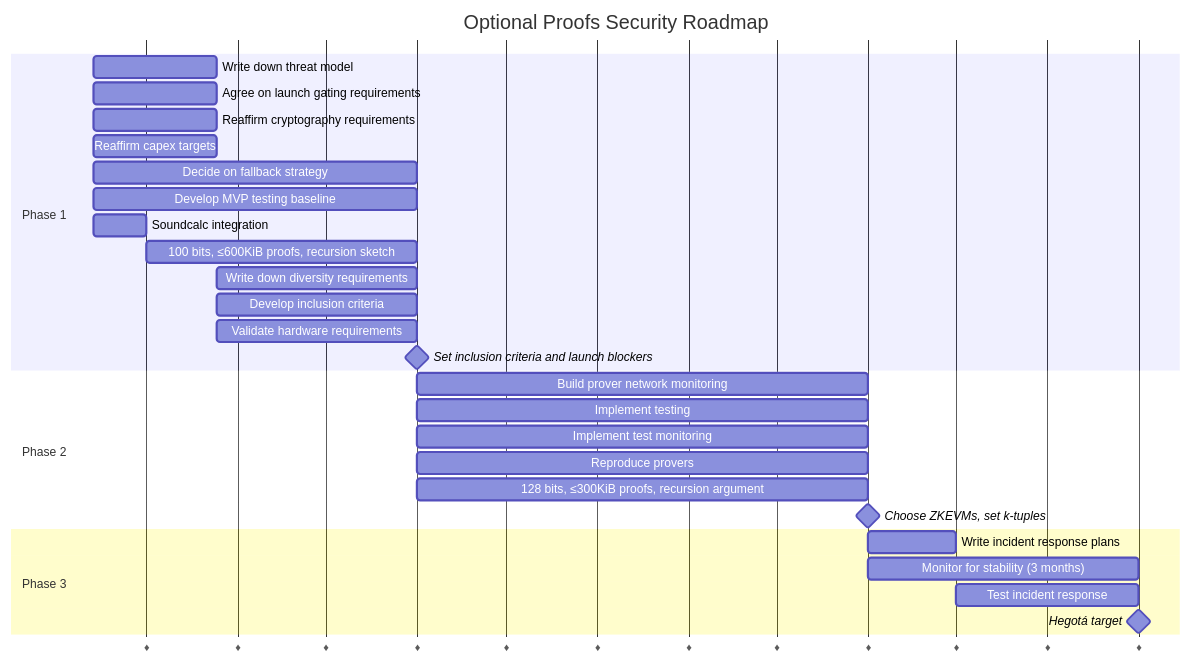
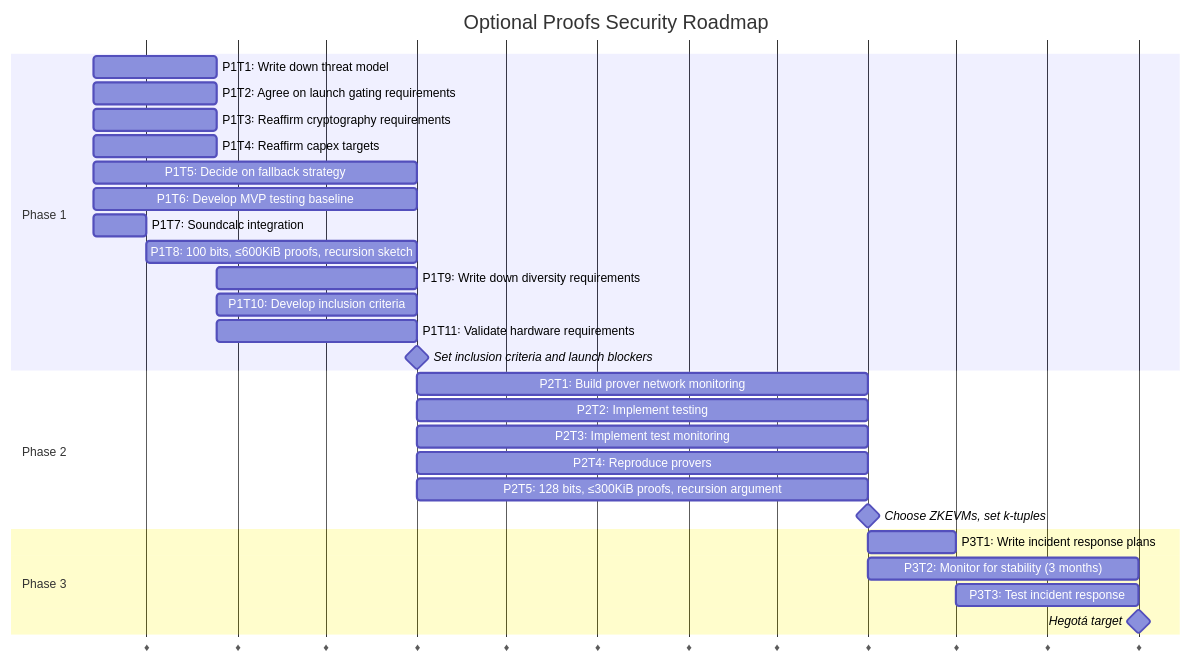
The diagram in 2026-02-11-zkevm-breakout/diagrams/roadmap.mmd (codygunton/talks-and-writing), drawn with Mermaid before and after one commit.

Commit message:
Add sequential PxTy labels to gantt chart tasks
Renumber all task IDs as P<phase>T<number> in display order.
Labels use unicode colon (꞉) to avoid mermaid syntax conflicts.
Milestones left unlabeled.

```diff
--- a/2026-02-11-zkevm-breakout/diagrams/roadmap.mmd
+++ b/2026-02-11-zkevm-breakout/diagrams/roadmap.mmd
@@ -1,34 +1,34 @@
 gantt
     title Optional Proofs Security Roadmap
     %% NOTE: the dates below are just to establish relative sizes of bars.
     %% They do not directly correspond to agreed-upon deadlines.
     dateFormat YYYY-MM-DD
     axisFormat ♦
 
     section Phase 1
-    Write down threat model               :p1a, 2026-02-11, 6w
-    Agree on launch gating requirements   :p1b, 2026-02-11, 6w
-    Reaffirm cryptography requirements    :p1e, 2026-02-11, 6w
-    Reaffirm capex targets                :p1f, 2026-02-11, 6w
-    Decide on fallback strategy           :p1c, 2026-02-11, 2026-06-01
-    Develop MVP testing baseline          :p1g, 2026-02-11, 2026-06-01
-    Soundcalc integration                 :p2i, 2026-02-11, 2026-03-01
-    100 bits, ≤600KiB proofs, recursion sketch  :p2j, after p2i, 2026-06-01
-    Write down diversity requirements     :p1d, after p1b, 2026-06-01
-    Develop inclusion criteria            :p1h, after p1b, 2026-06-01
-    Validate hardware requirements        :p2g, after p1f, 2026-06-01
-    Set inclusion criteria and launch blockers :milestone, 2026-06-01, 0d
+    P1T1꞉ Write down threat model               :p1t1, 2026-02-11, 6w
+    P1T2꞉ Agree on launch gating requirements   :p1t2, 2026-02-11, 6w
+    P1T3꞉ Reaffirm cryptography requirements    :p1t3, 2026-02-11, 6w
+    P1T4꞉ Reaffirm capex targets                :p1t4, 2026-02-11, 6w
+    P1T5꞉ Decide on fallback strategy           :p1t5, 2026-02-11, 2026-06-01
+    P1T6꞉ Develop MVP testing baseline          :p1t6, 2026-02-11, 2026-06-01
+    P1T7꞉ Soundcalc integration                 :p1t7, 2026-02-11, 2026-03-01
+    P1T8꞉ 100 bits, ≤600KiB proofs, recursion sketch  :p1t8, after p1t7, 2026-06-01
+    P1T9꞉ Write down diversity requirements     :p1t9, after p1t2, 2026-06-01
+    P1T10꞉ Develop inclusion criteria           :p1t10, after p1t2, 2026-06-01
+    P1T11꞉ Validate hardware requirements       :p1t11, after p1t4, 2026-06-01
+    Set inclusion criteria and launch blockers   :milestone, 2026-06-01, 0d
 
     section Phase 2
-    Build prover network monitoring       :p2f, 2026-06-01, 2026-11-01
-    Implement testing                     :p2b, 2026-06-01, 2026-11-01
-    Implement test monitoring             :p2c, 2026-06-01, 2026-11-01
-    Reproduce provers                     :p2a, 2026-06-01, 2026-11-01
-    128 bits, ≤300KiB proofs, recursion argument :p2j, 2026-06-01, 2026-11-01
-    Choose ZKEVMs, set k-tuples           :milestone, 2026-11-01, 0d
+    P2T1꞉ Build prover network monitoring       :p2t1, 2026-06-01, 2026-11-01
+    P2T2꞉ Implement testing                     :p2t2, 2026-06-01, 2026-11-01
+    P2T3꞉ Implement test monitoring             :p2t3, 2026-06-01, 2026-11-01
+    P2T4꞉ Reproduce provers                     :p2t4, 2026-06-01, 2026-11-01
+    P2T5꞉ 128 bits, ≤300KiB proofs, recursion argument :p2t5, 2026-06-01, 2026-11-01
+    Choose ZKEVMs, set k-tuples                  :milestone, 2026-11-01, 0d
 
     section Phase 3
-    Write incident response plans         :p2e, 2026-11-01, 2026-12-01
-    Monitor for stability (3 months)      :p3a, 2026-11-01, 2027-02-01
-    Test incident response                :p3b, 2026-12-01, 2027-02-01
-    Hegotá target                         :milestone, 2027-02-01, 0d
+    P3T1꞉ Write incident response plans         :p3t1, 2026-11-01, 2026-12-01
+    P3T2꞉ Monitor for stability (3 months)      :p3t2, 2026-11-01, 2027-02-01
+    P3T3꞉ Test incident response                :p3t3, 2026-12-01, 2027-02-01
+    Hegotá target                                :milestone, 2027-02-01, 0d
```
